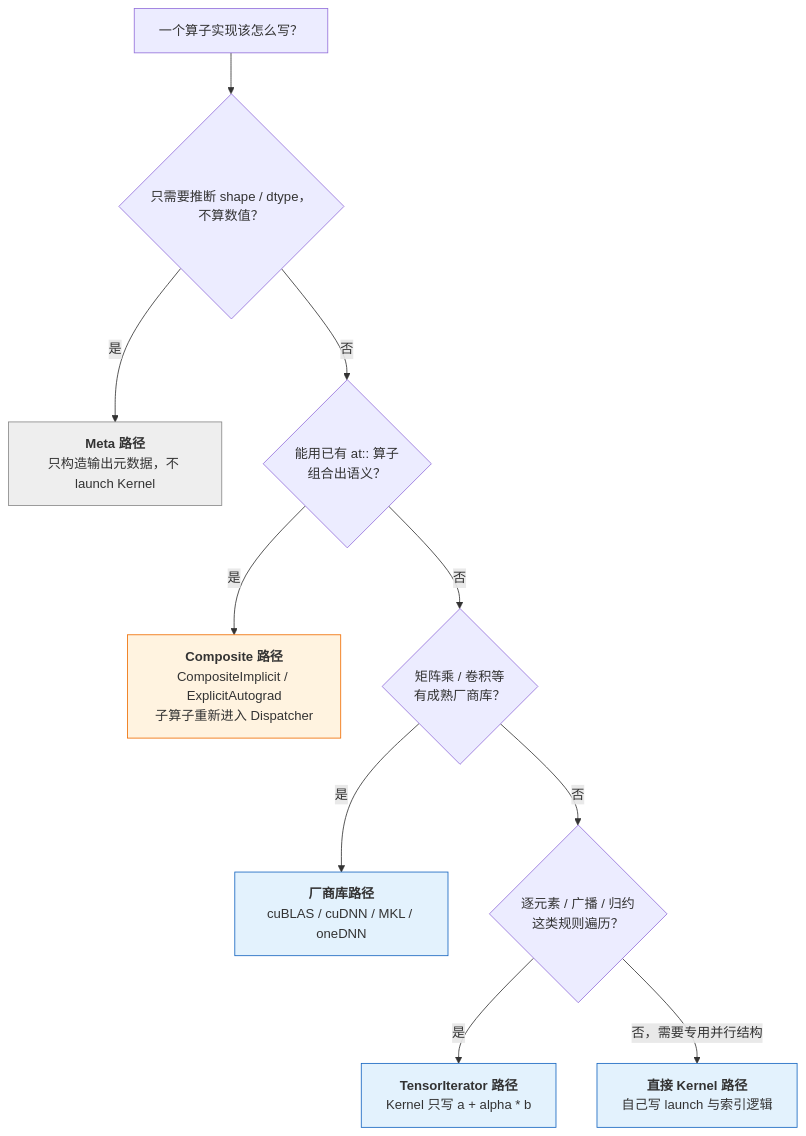
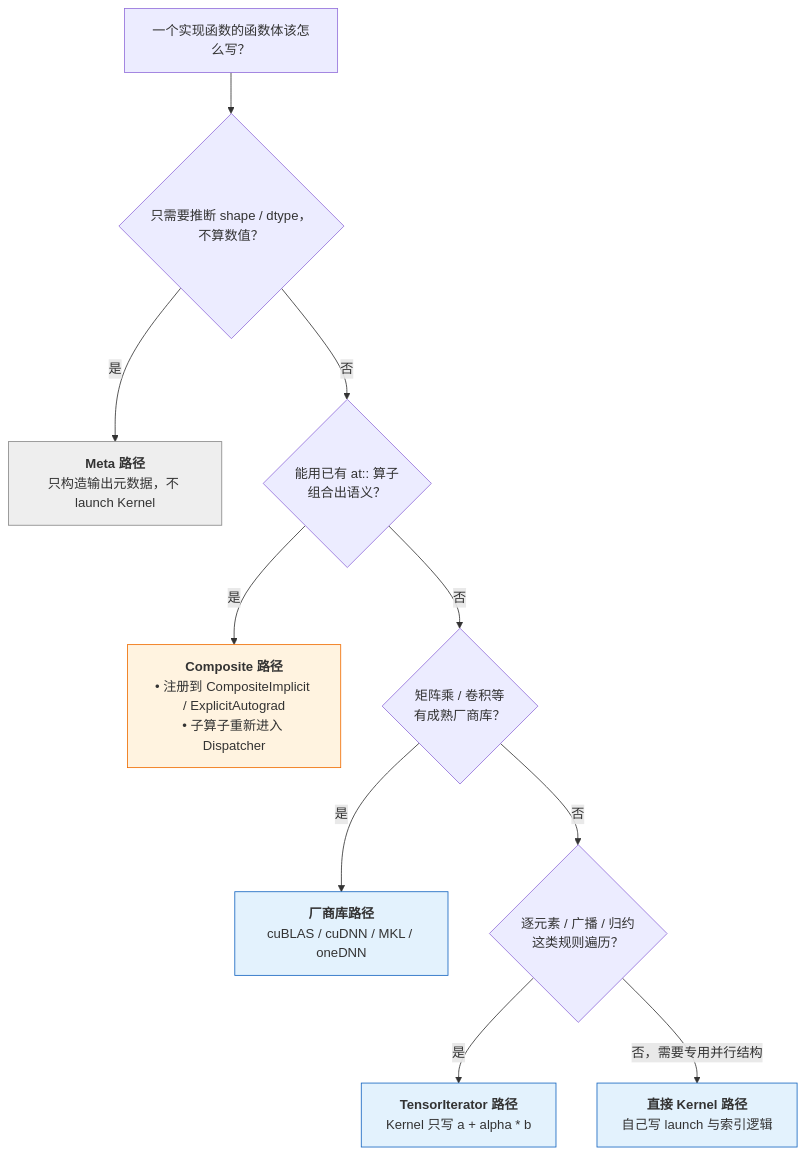
Before and after one commit to arganzheng/arganzheng.github.com: the second of 6 diagrams in _posts/2026-02-21-pytorch-dispatcher-and-operator-system.md, drawn with Mermaid. The commit also changed other lines of this file and 4 other files, not shown here.

````diff
--- a/_posts/2026-02-21-pytorch-dispatcher-and-operator-system.md
+++ b/_posts/2026-02-21-pytorch-dispatcher-and-operator-system.md
@@ -414,19 +494,19 @@
 ```mermaid
 %% 图：算子实现的五种模式：按计算形态在 Meta、Composite、厂商库、TensorIterator、直接 Kernel 之间选
 flowchart TB
-    Q0["一个算子实现该怎么写？"] --> Q1{"只需要推断 shape / dtype，<br/>不算数值？"}
+    Q0["一个实现函数的函数体该怎么写？"] --> Q1{"只需要推断 shape / dtype，<br/>不算数值？"}
     Q1 -->|"是"| META["<b>Meta 路径</b><br/>只构造输出元数据，不 launch Kernel"]
     Q1 -->|"否"| Q2{"能用已有 at:: 算子<br/>组合出语义？"}
-    Q2 -->|"是"| COMP["<b>Composite 路径</b><br/>CompositeImplicit / ExplicitAutograd<br/>子算子重新进入 Dispatcher"]
+    Q2 -->|"是"| COMP["<b>Composite 路径</b><br/>• 注册到 CompositeImplicit / ExplicitAutograd<br/>• 子算子重新进入 Dispatcher"]
     Q2 -->|"否"| Q3{"矩阵乘 / 卷积等<br/>有成熟厂商库？"}
     Q3 -->|"是"| LIB["<b>厂商库路径</b><br/>cuBLAS / cuDNN / MKL / oneDNN"]
     Q3 -->|"否"| Q4{"逐元素 / 广播 / 归约<br/>这类规则遍历？"}
     Q4 -->|"是"| TI["<b>TensorIterator 路径</b><br/>Kernel 只写 a + alpha * b"]
     Q4 -->|"否，需要专用并行结构"| DK["<b>直接 Kernel 路径</b><br/>自己写 launch 与索引逻辑"]
     classDef nokernel fill:#eeeeee,stroke:#888888;
     classDef kernel fill:#e3f2fd,stroke:#1565c0;
     classDef reenter fill:#fff3e0,stroke:#ef6c00;
     class META nokernel;
     class TI,DK,LIB kernel;
     class COMP reenter;
 ```
````
